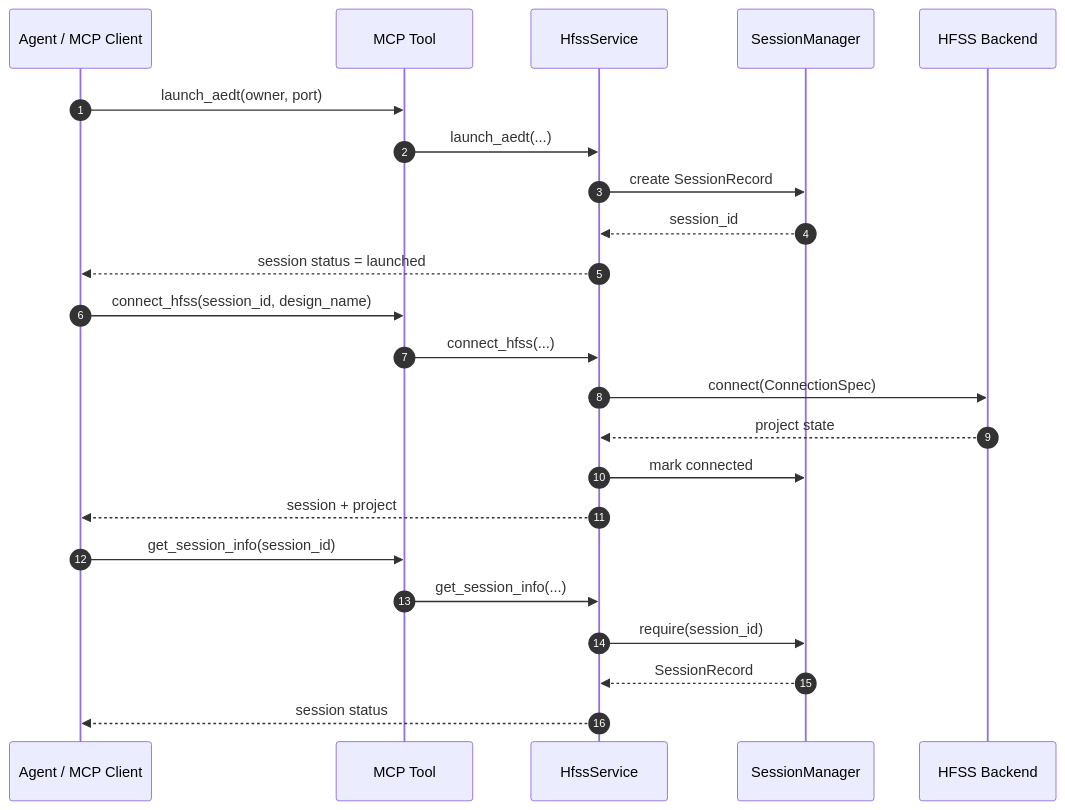
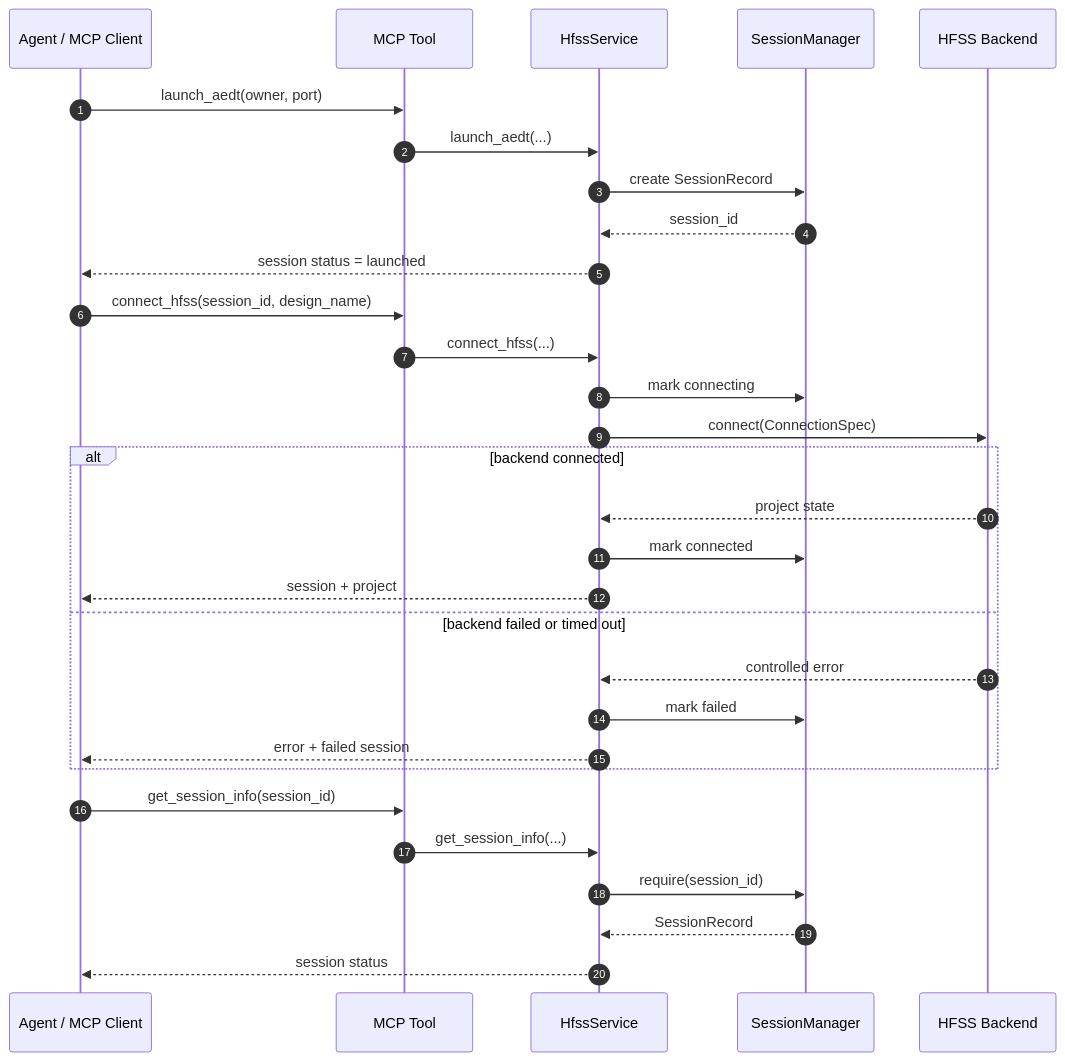
Before and after one commit to CodeQwQ/supperHFSSMCP: the second of 2 diagrams in docs/session.md, drawn with Mermaid. The commit also changed other lines of this file and 12 other files, not shown here.

````diff
--- a/docs/session.md
+++ b/docs/session.md
@@ -114,28 +133,35 @@
 ```mermaid
 sequenceDiagram
     autonumber
     participant Agent as Agent / MCP Client
     participant Tool as MCP Tool
     participant Service as HfssService
     participant Session as SessionManager
     participant Backend as HFSS Backend
 
     Agent->>Tool: launch_aedt(owner, port)
     Tool->>Service: launch_aedt(...)
     Service->>Session: create SessionRecord
     Session-->>Service: session_id
     Service-->>Agent: session status = launched
 
     Agent->>Tool: connect_hfss(session_id, design_name)
     Tool->>Service: connect_hfss(...)
+    Service->>Session: mark connecting
     Service->>Backend: connect(ConnectionSpec)
-    Backend-->>Service: project state
-    Service->>Session: mark connected
-    Service-->>Agent: session + project
+    alt backend connected
+        Backend-->>Service: project state
+        Service->>Session: mark connected
+        Service-->>Agent: session + project
+    else backend failed or timed out
+        Backend-->>Service: controlled error
+        Service->>Session: mark failed
+        Service-->>Agent: error + failed session
+    end
 
     Agent->>Tool: get_session_info(session_id)
     Tool->>Service: get_session_info(...)
     Service->>Session: require(session_id)
     Session-->>Service: SessionRecord
     Service-->>Agent: session status
 ```
````
